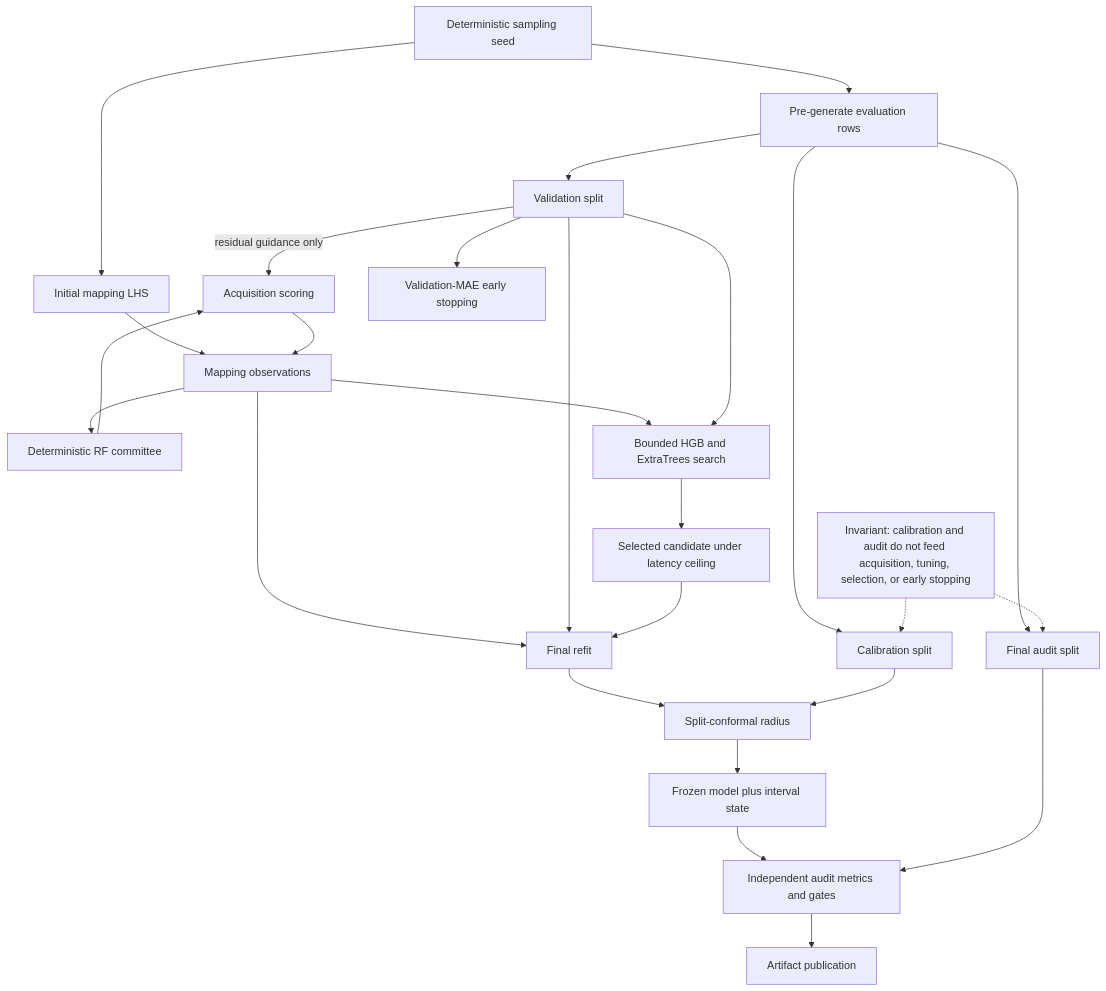
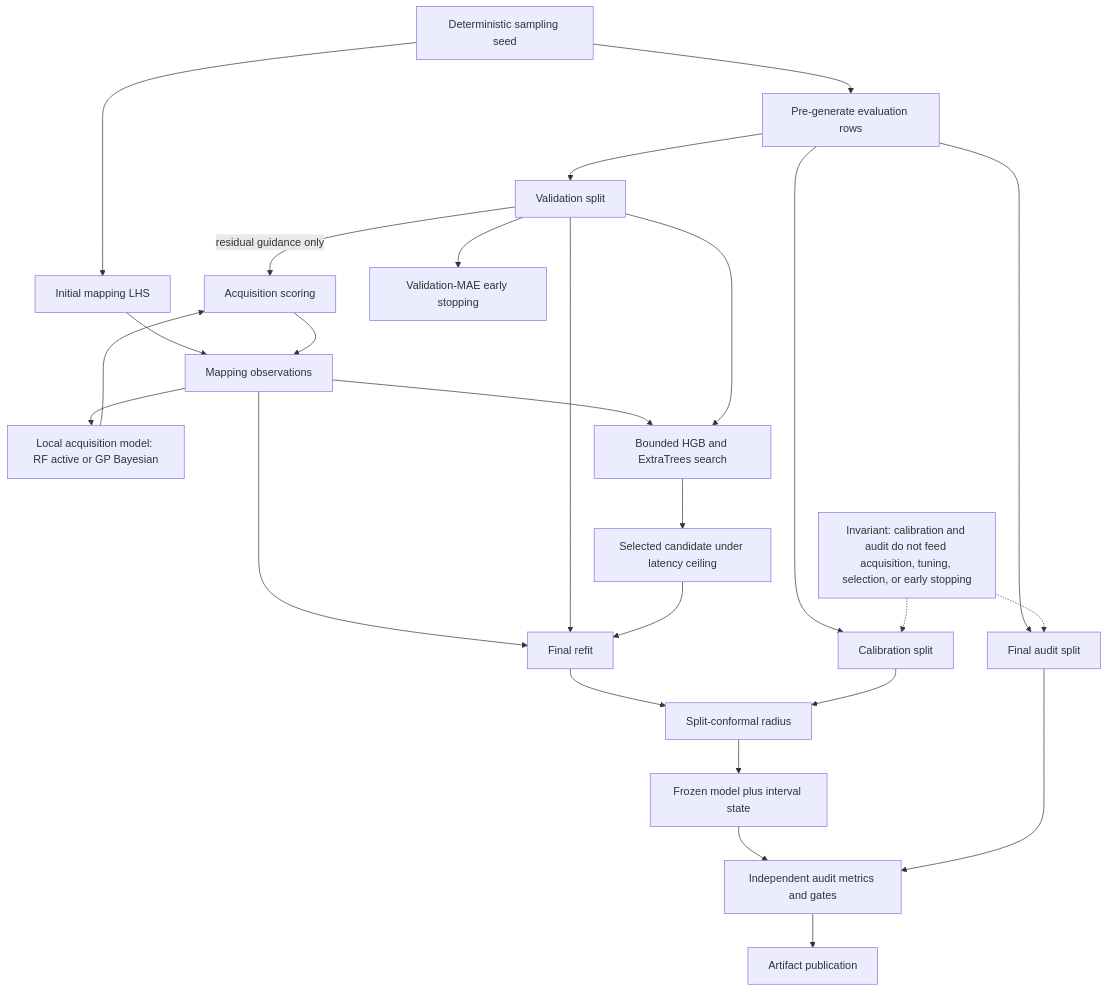
Before and after one commit to lib-port/pricing-function-mapper: the second of 5 diagrams in docs/architecture.md, drawn with Mermaid. The commit also changed other lines of this file and 27 other files, not shown here.

````diff
--- a/docs/architecture.md
+++ b/docs/architecture.md
@@ -74,33 +77,33 @@
 ```mermaid
 flowchart TB
     Seed["Deterministic sampling seed"] --> EvalRows["Pre-generate evaluation rows"]
     Seed --> Initial["Initial mapping LHS"]
     EvalRows --> Validation["Validation split"]
     EvalRows --> Calibration["Calibration split"]
     EvalRows --> Audit["Final audit split"]
 
     Initial --> Mapping["Mapping observations"]
-    Mapping --> Committee["Deterministic RF committee"]
+    Mapping --> Committee["Local acquisition model: RF active or GP Bayesian"]
     Validation -->|residual guidance only| Acquisition["Acquisition scoring"]
     Committee --> Acquisition
     Acquisition --> Mapping
 
     Mapping --> Search["Bounded HGB and ExtraTrees search"]
     Validation --> Search
     Validation --> EarlyStop["Validation-MAE early stopping"]
     Search --> Selected["Selected candidate under latency ceiling"]
     Mapping --> FinalRefit["Final refit"]
     Validation --> FinalRefit
     Selected --> FinalRefit
 
     FinalRefit --> CalibrationStep["Split-conformal radius"]
     Calibration --> CalibrationStep
     CalibrationStep --> Frozen["Frozen model plus interval state"]
     Frozen --> AuditStep["Independent audit metrics and gates"]
     Audit --> AuditStep
     AuditStep --> Publish["Artifact publication"]
 
     Isolation["Invariant: calibration and audit do not feed acquisition, tuning, selection, or early stopping"]
     Isolation -.-> Calibration
     Isolation -.-> Audit
 ```
````
